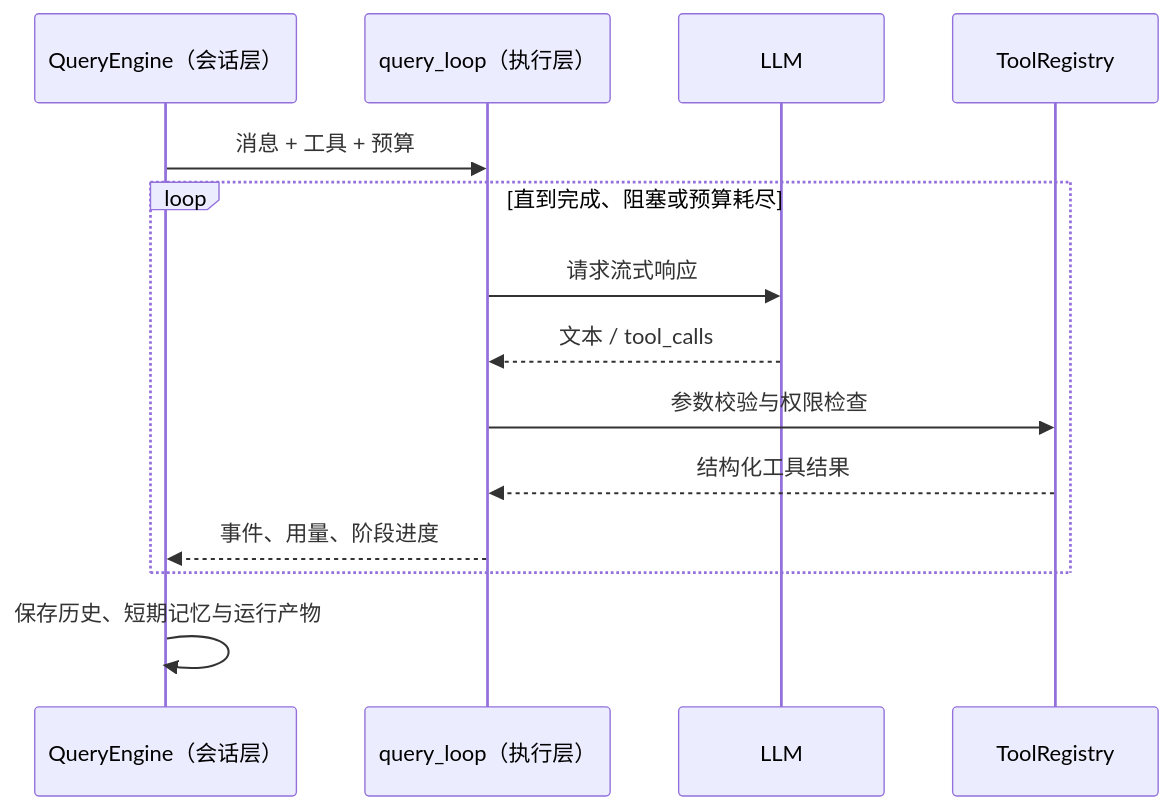
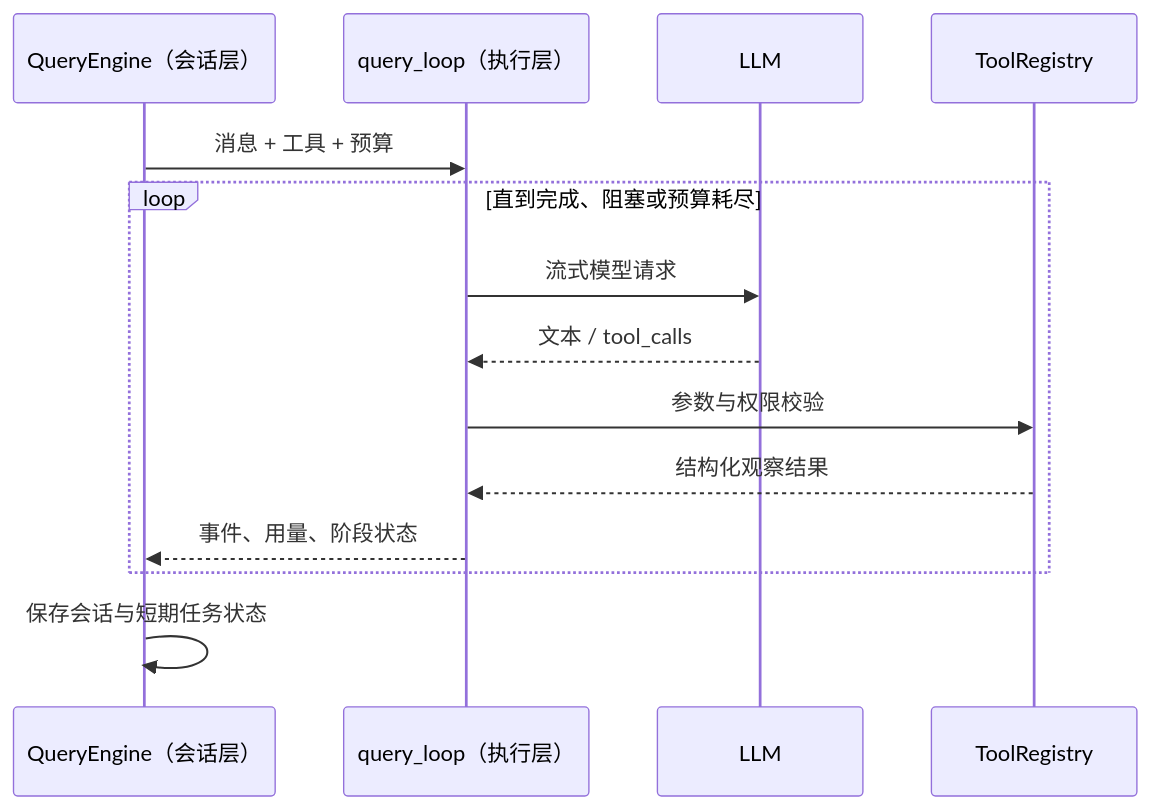
Before and after one commit to Artoriazzz/RepoAgent: the first of 2 diagrams in README.md, drawn with Mermaid. The commit also changed other lines of this file and 5 other files, not shown here.

````diff
--- a/README.md
+++ b/README.md
@@ -134,16 +83,16 @@
 ```mermaid
 sequenceDiagram
     participant E as QueryEngine（会话层）
     participant L as query_loop（执行层）
     participant M as LLM
     participant T as ToolRegistry
     E->>L: 消息 + 工具 + 预算
     loop 直到完成、阻塞或预算耗尽
-        L->>M: 请求流式响应
+        L->>M: 流式模型请求
         M-->>L: 文本 / tool_calls
-        L->>T: 参数校验与权限检查
-        T-->>L: 结构化工具结果
-        L-->>E: 事件、用量、阶段进度
+        L->>T: 参数与权限校验
+        T-->>L: 结构化观察结果
+        L-->>E: 事件、用量、阶段状态
     end
-    E->>E: 保存历史、短期记忆与运行产物
+    E->>E: 保存会话与短期任务状态
 ```
````
